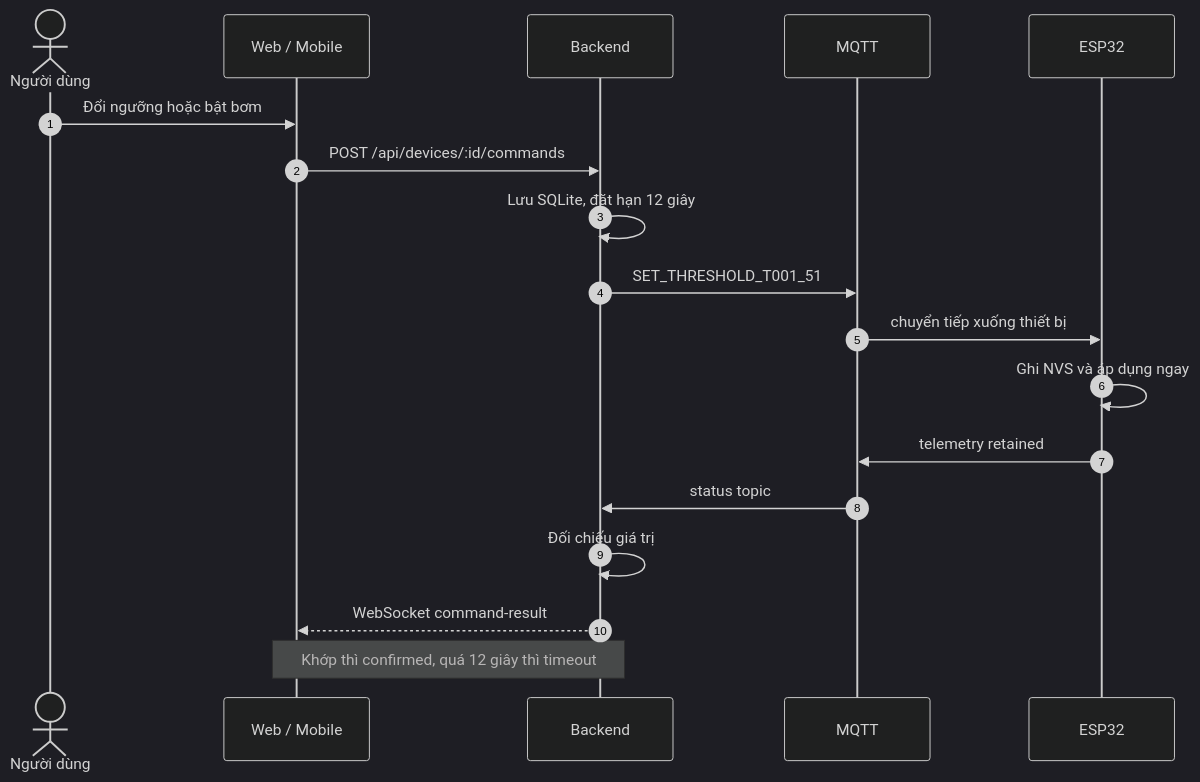
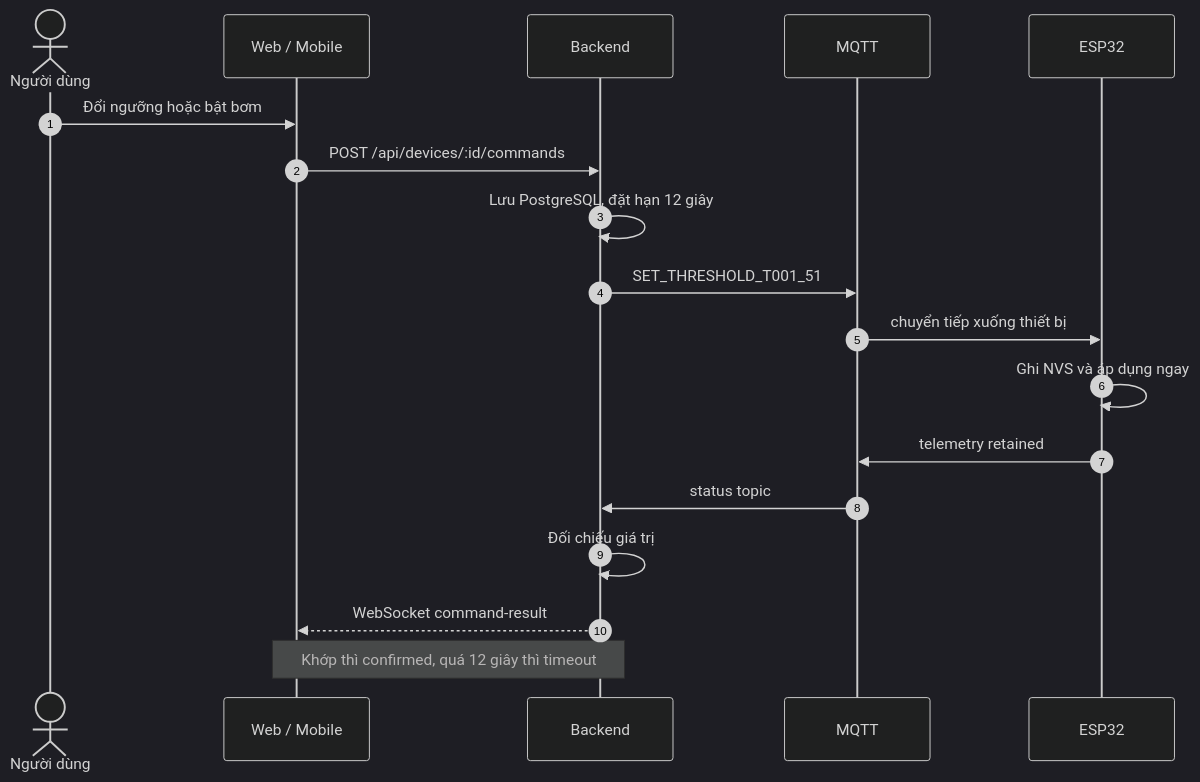
The second of 3 diagrams in README.md (trieuhoang1212/Smart-Irrigation-System-IoT), drawn with Mermaid (dark theme) before and after one commit. The commit also changed other lines of this file and 1 other file, not shown here.

Commit message:
README: cập nhật công nghệ sang PostgreSQL/Neon

````diff
--- a/README.md
+++ b/README.md
@@ -98,21 +103,21 @@
 ```mermaid
 sequenceDiagram
     autonumber
     actor U as Người dùng
     participant W as Web / Mobile
     participant A as Backend
     participant M as MQTT
     participant E as ESP32
 
     U->>W: Đổi ngưỡng hoặc bật bơm
     W->>A: POST /api/devices/:id/commands
-    A->>A: Lưu SQLite, đặt hạn 12 giây
+    A->>A: Lưu PostgreSQL, đặt hạn 12 giây
     A->>M: SET_THRESHOLD_T001_51
     M->>E: chuyển tiếp xuống thiết bị
     E->>E: Ghi NVS và áp dụng ngay
     E->>M: telemetry retained
     M->>A: status topic
     A->>A: Đối chiếu giá trị
     A-->>W: WebSocket command-result
     Note over A,W: Khớp thì confirmed, quá 12 giây thì timeout
 ```
````
